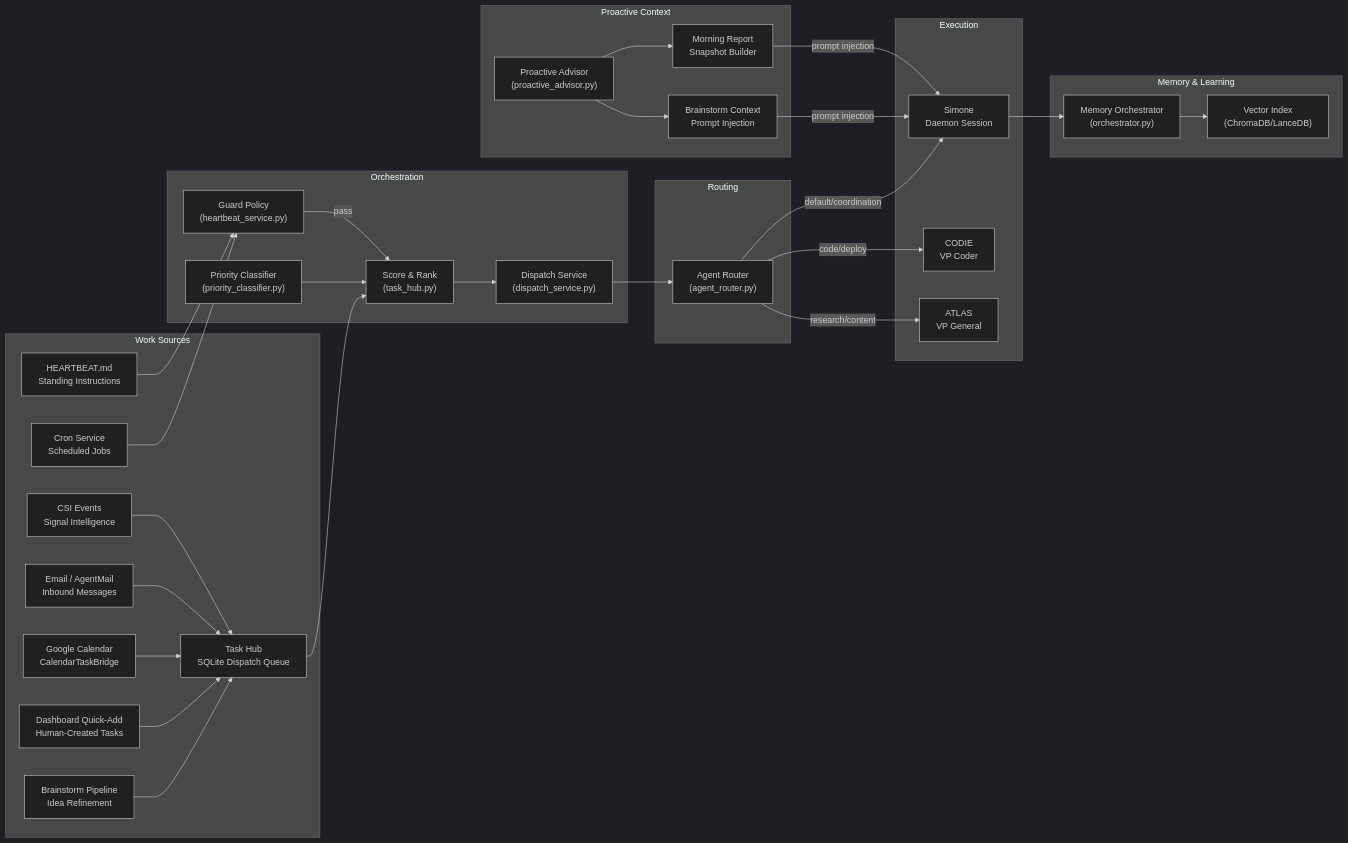
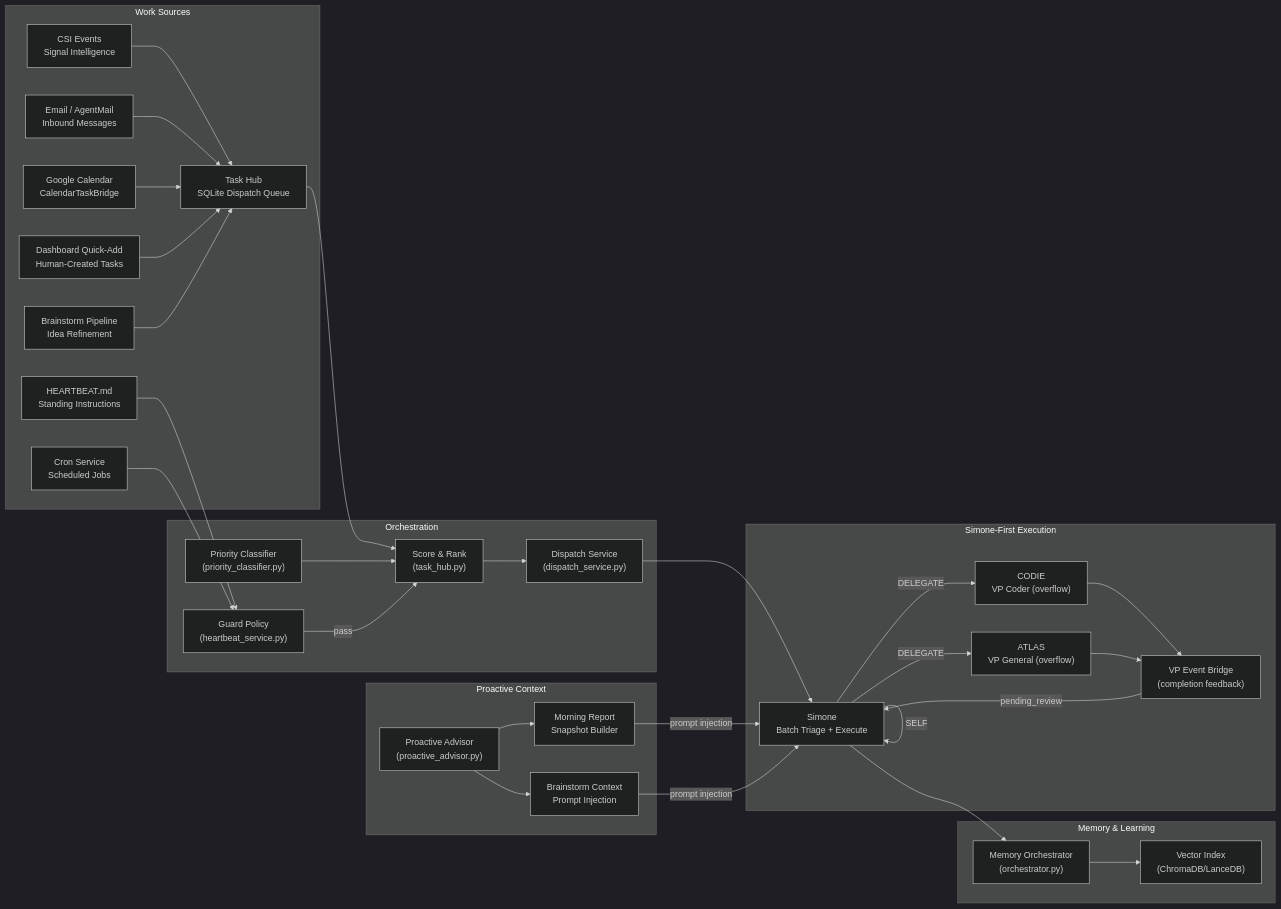
One commit to Kjdragan/universal_agent changed the first of 11 diagrams in docs/02_Subsystems/Proactive_Pipeline.md. Above: the diagram before and after it, drawn with Mermaid (dark theme). The commit also changed other lines of this file and 7 other files, not shown here.

First line of the commit message:
docs: add Simone-First Orchestration architecture doc and update pipeline docs

````diff
--- a/docs/02_Subsystems/Proactive_Pipeline.md
+++ b/docs/02_Subsystems/Proactive_Pipeline.md
@@ -21,66 +22,66 @@
 ```mermaid
 graph LR
     subgraph "Work Sources"
         HB["HEARTBEAT.md<br/>Standing Instructions"]
         TH["Task Hub<br/>SQLite Dispatch Queue"]
         CR["Cron Service<br/>Scheduled Jobs"]
         CSI["CSI Events<br/>Signal Intelligence"]
         EM["Email / AgentMail<br/>Inbound Messages"]
         CAL["Google Calendar<br/>CalendarTaskBridge"]
         DA["Dashboard Quick-Add<br/>Human-Created Tasks"]
         BS["Brainstorm Pipeline<br/>Idea Refinement"]
     end
 
     subgraph "Orchestration"
         GRD["Guard Policy<br/>(heartbeat_service.py)"]
         PC["Priority Classifier<br/>(priority_classifier.py)"]
         SCR["Score & Rank<br/>(task_hub.py)"]
         DSP["Dispatch Service<br/>(dispatch_service.py)"]
     end
 
     subgraph "Proactive Context"
         PA["Proactive Advisor<br/>(proactive_advisor.py)"]
         MR["Morning Report<br/>Snapshot Builder"]
         BC["Brainstorm Context<br/>Prompt Injection"]
     end
 
-    subgraph "Routing"
-        RTR["Agent Router<br/>(agent_router.py)"]
-    end
-
-    subgraph "Execution"
-        SIM["Simone<br/>Daemon Session"]
-        COD["CODIE<br/>VP Coder"]
-        ATL["ATLAS<br/>VP General"]
+    subgraph "Simone-First Execution"
+        SIM["Simone<br/>Batch Triage + Execute"]
+        COD["CODIE<br/>VP Coder (overflow)"]
+        ATL["ATLAS<br/>VP General (overflow)"]
+        BRG["VP Event Bridge<br/>(completion feedback)"]
     end
 
     subgraph "Memory & Learning"
         MEM["Memory Orchestrator<br/>(orchestrator.py)"]
         VEC["Vector Index<br/>(ChromaDB/LanceDB)"]
     end
 
     HB --> GRD
     TH --> SCR
     CR --> GRD
     CSI --> TH
     EM --> TH
     CAL --> TH
     DA --> TH
     BS --> TH
 
     PC --> SCR
     GRD -->|"pass"| SCR
     SCR --> DSP
-    DSP --> RTR
-    RTR -->|"default/coordination"| SIM
-    RTR -->|"code/deploy"| COD
-    RTR -->|"research/content"| ATL
+    DSP --> SIM
+    SIM -->|"SELF"| SIM
+    SIM -->|"DELEGATE"| COD
+    SIM -->|"DELEGATE"| ATL
+    COD --> BRG
+    ATL --> BRG
+    BRG -->|"pending_review"| SIM
 
     PA --> MR
     PA --> BC
     MR -->|"prompt injection"| SIM
     BC -->|"prompt injection"| SIM
 
     SIM --> MEM
     MEM --> VEC
 ```
````
